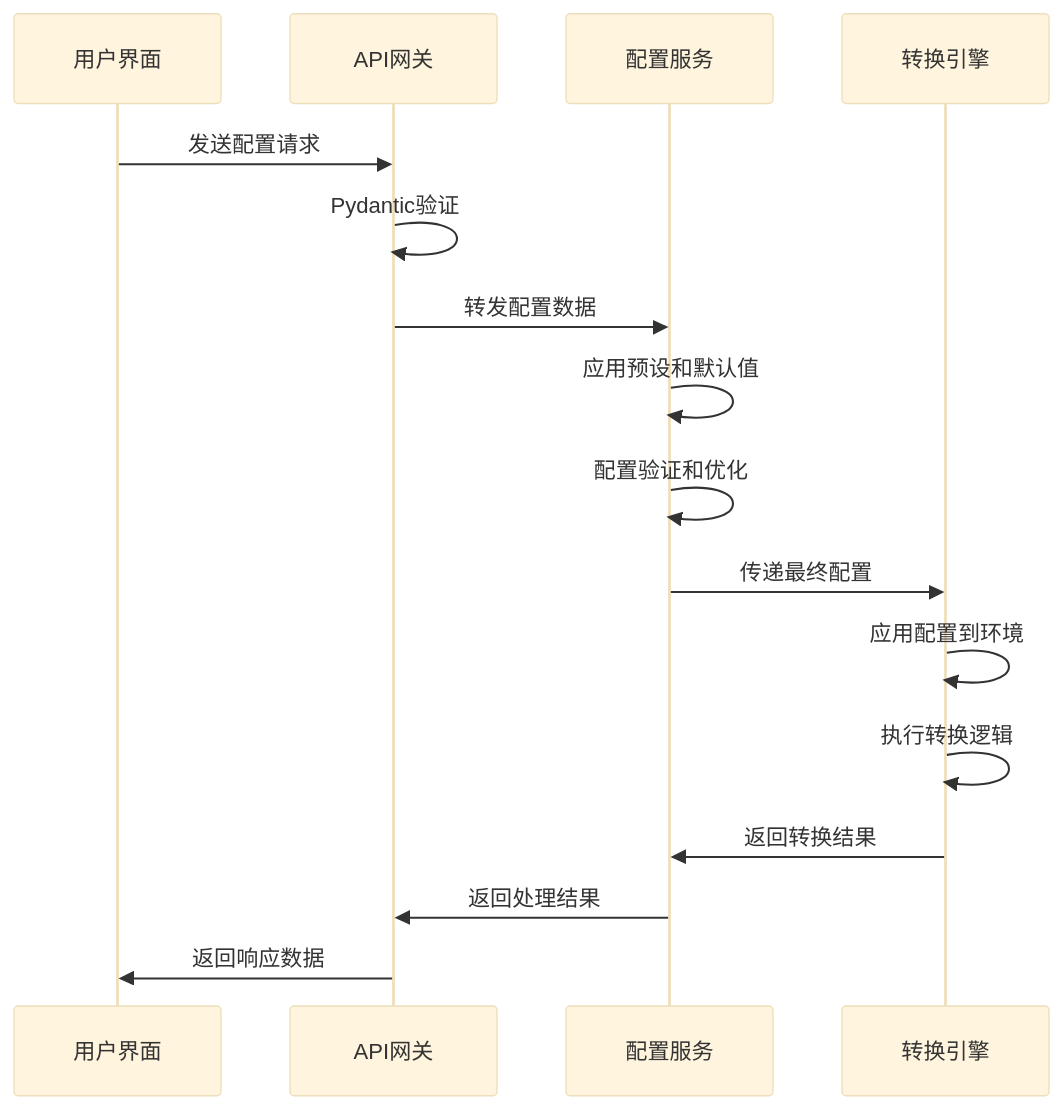
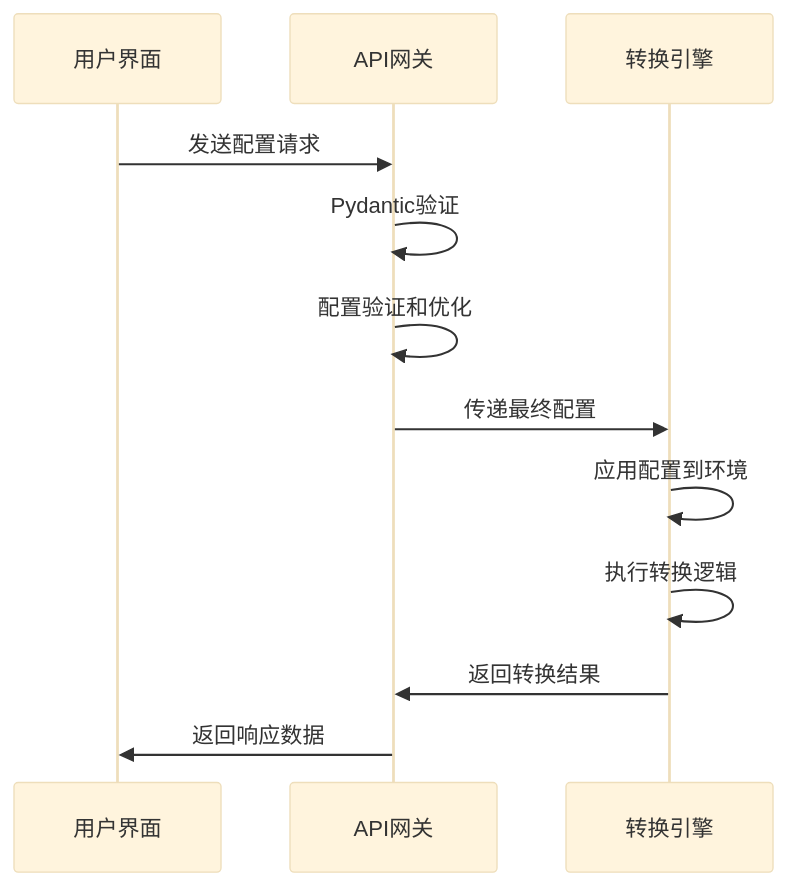
Before and after one commit to georgehiter/textProcess: the diagram in README.md, drawn with Mermaid (base theme). The commit also changed other lines of this file and 11 other files, not shown here.

````diff
--- a/README.md
+++ b/README.md
@@ -700,19 +683,15 @@
 ```mermaid
 sequenceDiagram
     participant U as 用户界面
     participant A as API网关
-    participant S as 配置服务
     participant E as 转换引擎
     
     U->>A: 发送配置请求
     A->>A: Pydantic验证
-    A->>S: 转发配置数据
-    S->>S: 应用预设和默认值
-    S->>S: 配置验证和优化
-    S->>E: 传递最终配置
+    A->>A: 配置验证和优化
+    A->>E: 传递最终配置
     E->>E: 应用配置到环境
     E->>E: 执行转换逻辑
-    E->>S: 返回转换结果
-    S->>A: 返回处理结果
+    E->>A: 返回转换结果
     A->>U: 返回响应数据
 ```
````
